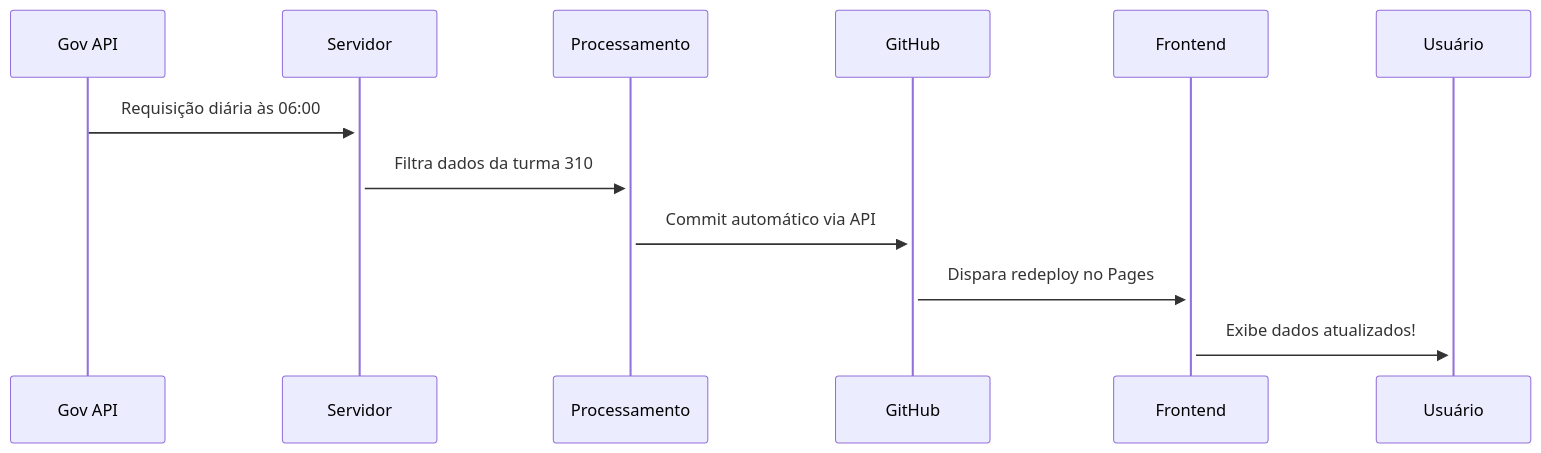
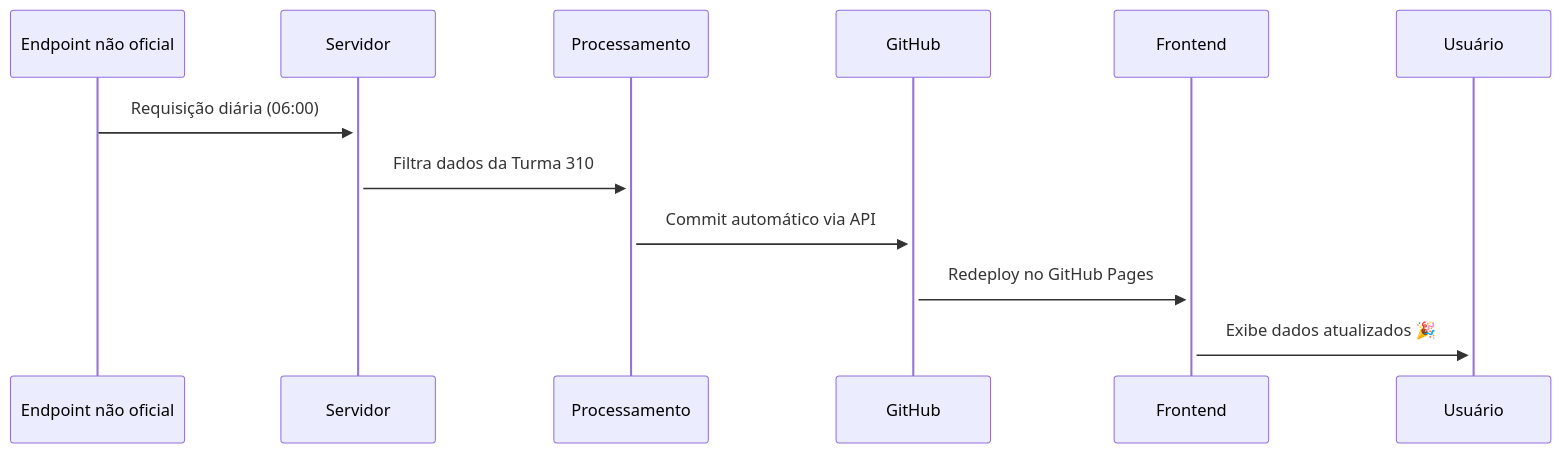
One commit to zKauaFerreira/310 changed the second of 2 diagrams in README.md. Above: the diagram before and after it, drawn with Mermaid. The commit also changed other lines of this file, not shown here.

````diff
--- a/README.md
+++ b/README.md
@@ -43,8 +53,8 @@
 ```mermaid
 sequenceDiagram
-    Gov API->>+Servidor: Requisição diária às 06:00
-    Servidor->>+Processamento: Filtra dados da turma 310
-    Processamento->>+GitHub: Commit automático via API
-    GitHub->>+Frontend: Dispara redeploy no Pages
-    Frontend->>+Usuário: Exibe dados atualizados!
+    Endpoint não oficial ->>+ Servidor: Requisição diária (06:00)
+    Servidor ->>+ Processamento: Filtra dados da Turma 310
+    Processamento ->>+ GitHub: Commit automático via API
+    GitHub ->>+ Frontend: Redeploy no GitHub Pages
+    Frontend ->>+ Usuário: Exibe dados atualizados 🎉
 ```
````
